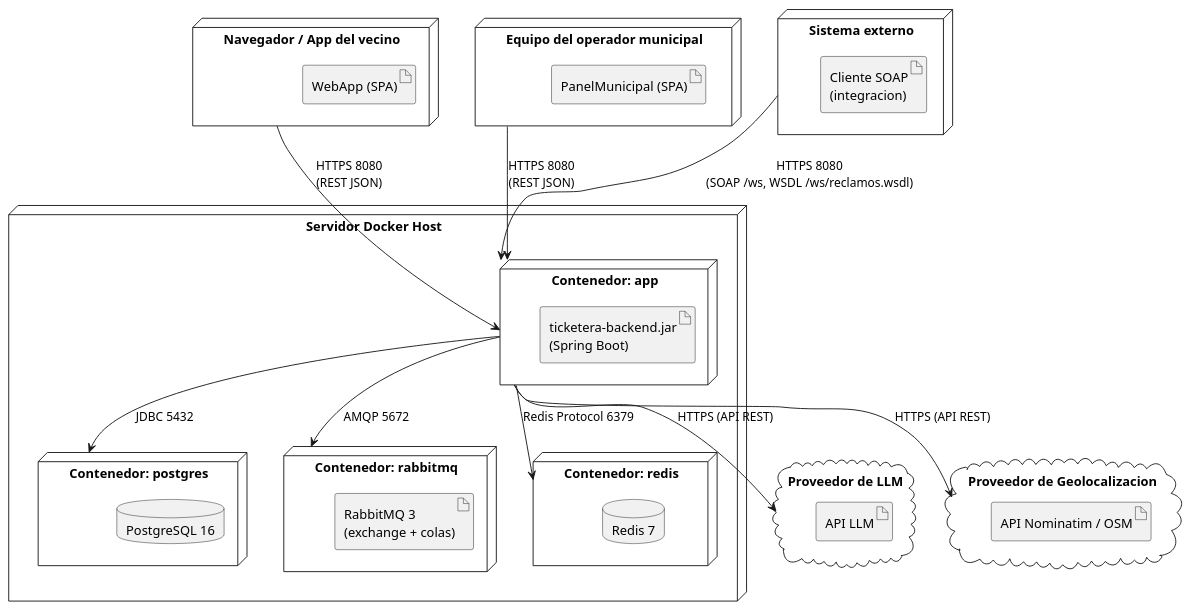
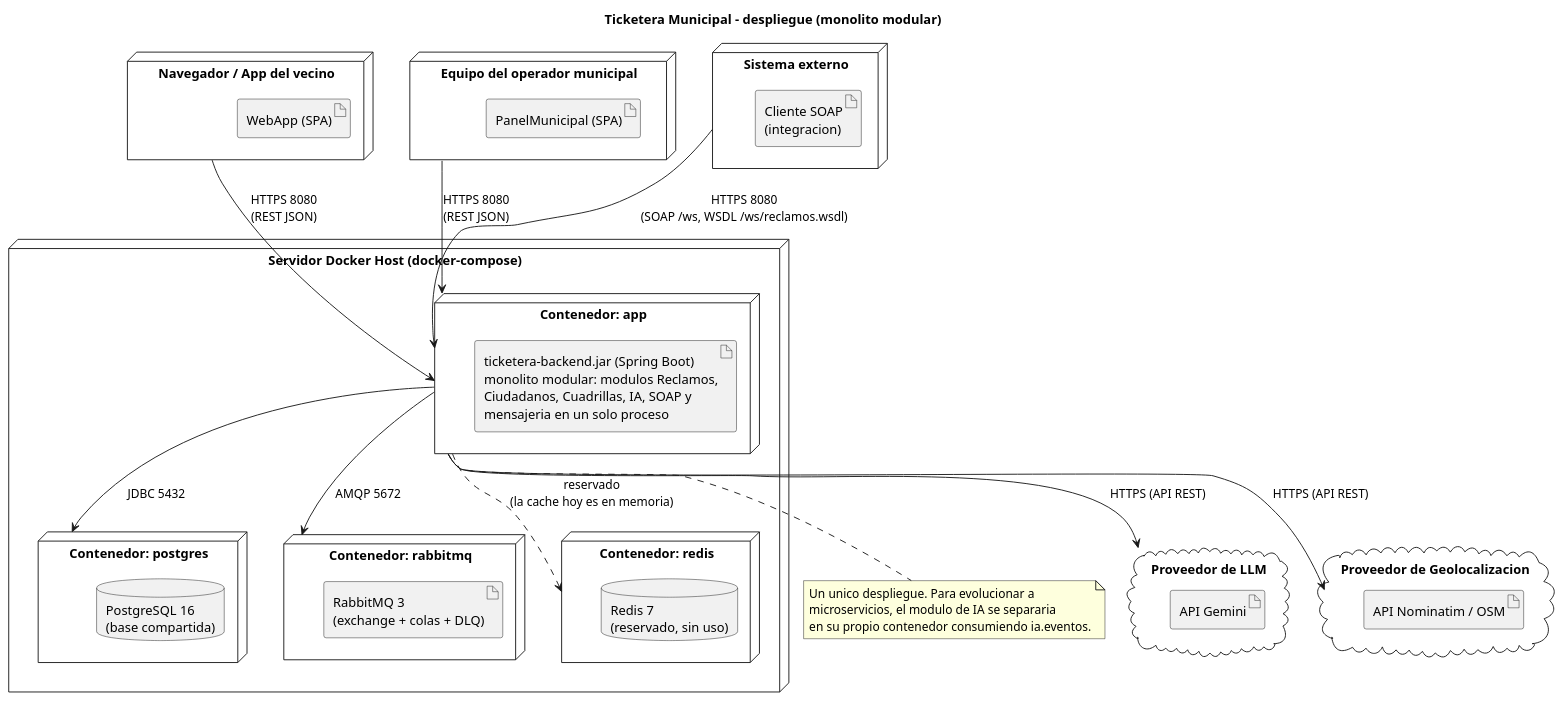
One commit to francolovera24/Backend-TicketeraMunicipal-DDA2 changed the diagram in docs/05_diagrama_despliegue.puml. Above: the diagram before and after it, drawn with PlantUML. The commit also changed 4 other files, not shown here.

First line of the commit message:
Punto 4: arquitectura declarada como monolito modular

```diff
--- a/docs/05_diagrama_despliegue.puml
+++ b/docs/05_diagrama_despliegue.puml
@@ -1,50 +1,58 @@
 @startuml
+title Ticketera Municipal - despliegue (monolito modular)
+
 node "Navegador / App del vecino" as ClienteVecino {
     artifact "WebApp (SPA)" as artWebApp
 }
 
 node "Equipo del operador municipal" as ClienteMunicipal {
     artifact "PanelMunicipal (SPA)" as artPanel
 }
 
 node "Sistema externo" as ClienteSoap {
     artifact "Cliente SOAP\n(integracion)" as artSoap
 }
 
-node "Servidor Docker Host" as DockerHost {
+node "Servidor Docker Host (docker-compose)" as DockerHost {
 
     node "Contenedor: app" as AppContainer {
-        artifact "ticketera-backend.jar\n(Spring Boot)" as artApp
+        artifact "ticketera-backend.jar (Spring Boot)\nmonolito modular: modulos Reclamos,\nCiudadanos, Cuadrillas, IA, SOAP y\nmensajeria en un solo proceso" as artApp
     }
 
     node "Contenedor: postgres" as PgContainer {
-        database "PostgreSQL 16" as artDB
+        database "PostgreSQL 16\n(base compartida)" as artDB
     }
 
     node "Contenedor: rabbitmq" as MqContainer {
-        artifact "RabbitMQ 3\n(exchange + colas)" as artMq
+        artifact "RabbitMQ 3\n(exchange + colas + DLQ)" as artMq
     }
 
     node "Contenedor: redis" as RedisContainer {
-        database "Redis 7" as artRedis
+        database "Redis 7\n(reservado, sin uso)" as artRedis
     }
 }
 
 cloud "Proveedor de LLM" as NodoLLM {
-    artifact "API LLM" as artLLM
+    artifact "API Gemini" as artLLM
 }
 
 cloud "Proveedor de Geolocalizacion" as NodoGeo {
     artifact "API Nominatim / OSM" as artGeo
 }
+
+note bottom of AppContainer
+  Un unico despliegue. Para evolucionar a
+  microservicios, el modulo de IA se separaria
+  en su propio contenedor consumiendo ia.eventos.
+end note
 
 ClienteVecino --> AppContainer : HTTPS 8080\n(REST JSON)
 ClienteMunicipal --> AppContainer : HTTPS 8080\n(REST JSON)
 ClienteSoap --> AppContainer : HTTPS 8080\n(SOAP /ws, WSDL /ws/reclamos.wsdl)
 
 AppContainer --> PgContainer : JDBC 5432
 AppContainer --> MqContainer : AMQP 5672
-AppContainer --> RedisContainer : Redis Protocol 6379
+AppContainer ..> RedisContainer : reservado\n(la cache hoy es en memoria)
 AppContainer --> NodoLLM : HTTPS (API REST)
 AppContainer --> NodoGeo : HTTPS (API REST)
 @enduml
```
